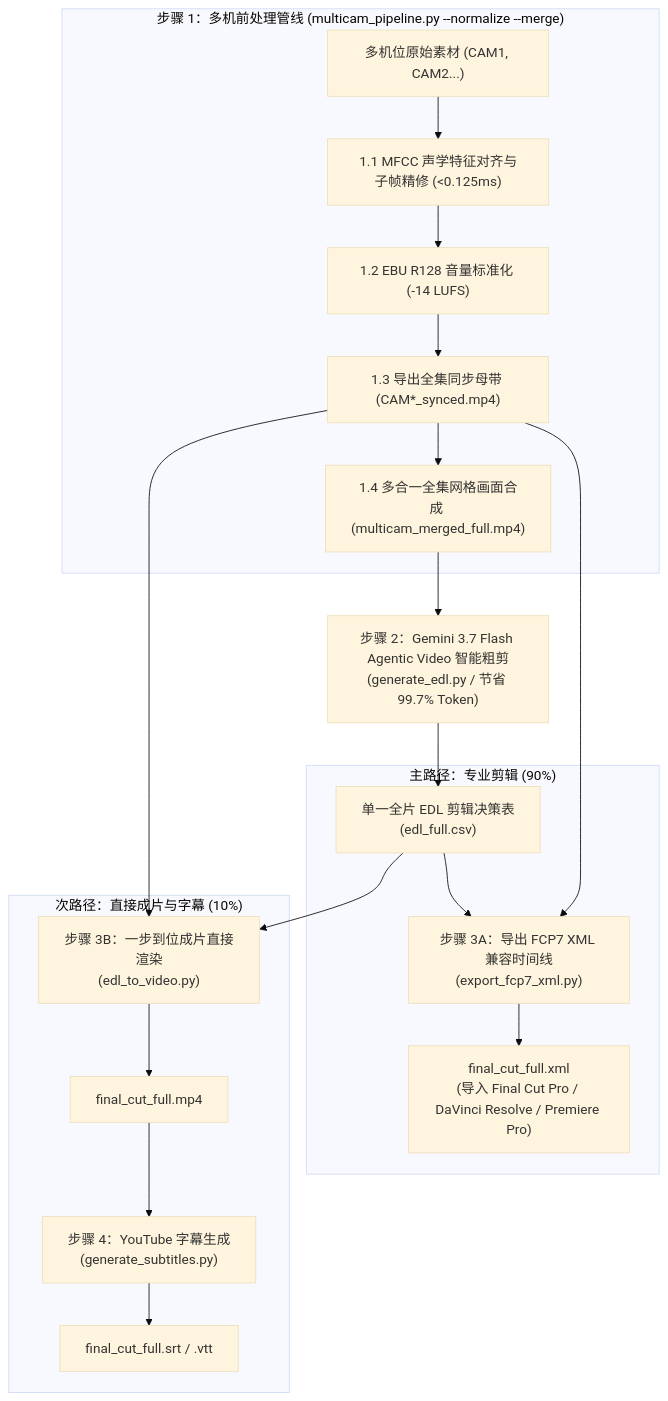
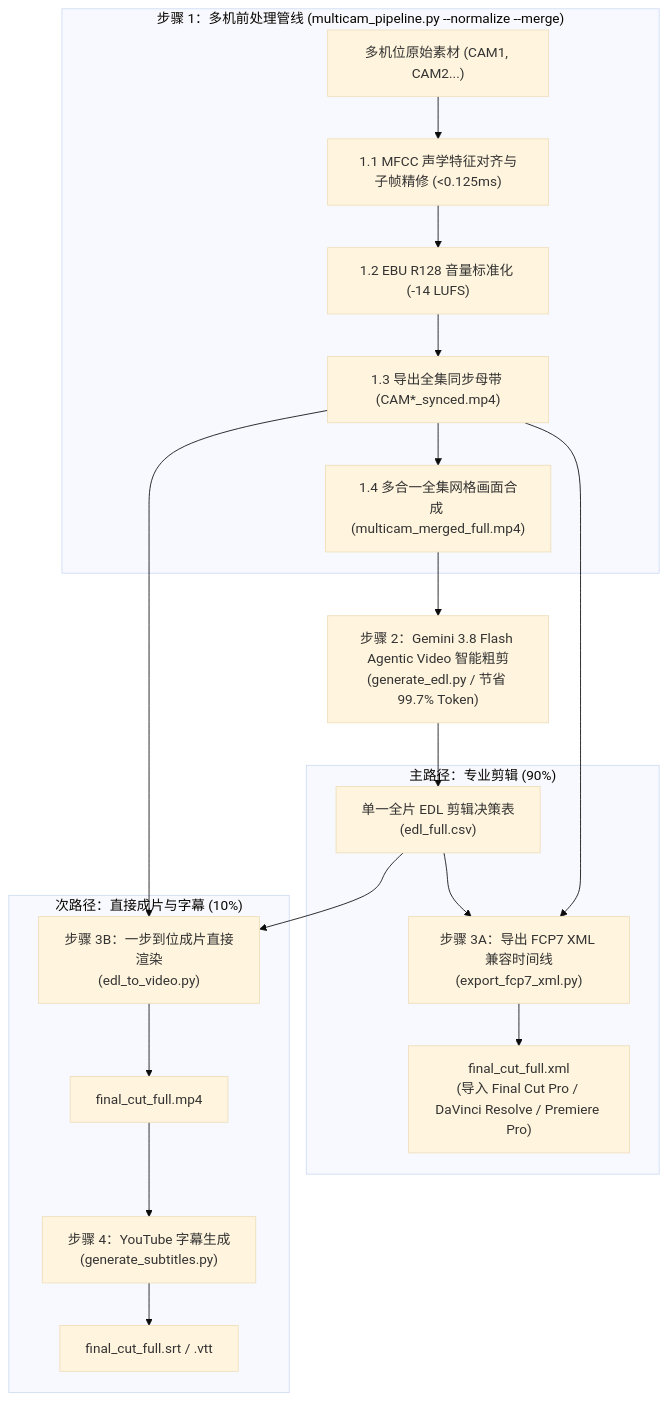
Before and after one commit to sylphlin/multicam-video-preprocessing: the diagram in README.zh-CN.md, drawn with Mermaid (base theme). The commit also changed other lines of this file and 17 other files, not shown here.

Commit message:
feat: upgrade default model to Gemini 3.8 Flash & purge obsolete chapter splitting code

````diff
--- a/README.zh-CN.md
+++ b/README.zh-CN.md
@@ -54,26 +54,26 @@
 ```mermaid
 flowchart TD
     subgraph S1["步骤 1：多机前处理管线 (multicam_pipeline.py --normalize --merge)"]
         A["多机位原始素材 (CAM1, CAM2...)"] --> S1_1["1.1 MFCC 声学特征对齐与子帧精修 (<0.125ms)"]
         S1_1 --> S1_2["1.2 EBU R128 音量标准化 (-14 LUFS)"]
         S1_2 --> S1_3["1.3 导出全集同步母带 (CAM*_synced.mp4)"]
         S1_3 --> S1_4["1.4 多合一全集网格画面合成 (multicam_merged_full.mp4)"]
     end
 
-    S1_4 --> S2["步骤 2：Gemini 3.7 Flash Agentic Video 智能粗剪<br/>(generate_edl.py / 节省 99.7% Token)"]
+    S1_4 --> S2["步骤 2：Gemini 3.8 Flash Agentic Video 智能粗剪<br/>(generate_edl.py / 节省 99.7% Token)"]
     S2 --> EDL["单一全片 EDL 剪辑决策表<br/>(edl_full.csv)"]
 
     subgraph S3A["主路径：专业剪辑 (90%)"]
         S1_3 --> S3A_ACT["步骤 3A：导出 FCP7 XML 兼容时间线<br/>(export_fcp7_xml.py)"]
         EDL --> S3A_ACT
         S3A_ACT --> XML["final_cut_full.xml<br/>(导入 Final Cut Pro / DaVinci Resolve / Premiere Pro)"]
     end
 
     subgraph S3B["次路径：直接成片与字幕 (10%)"]
         S1_3 --> S3B_ACT["步骤 3B：一步到位成片直接渲染<br/>(edl_to_video.py)"]
         EDL --> S3B_ACT
         S3B_ACT --> MP4["final_cut_full.mp4"]
         MP4 --> S4["步骤 4：YouTube 字幕生成<br/>(generate_subtitles.py)"]
         S4 --> SRT["final_cut_full.srt / .vtt"]
     end
 ```
````
